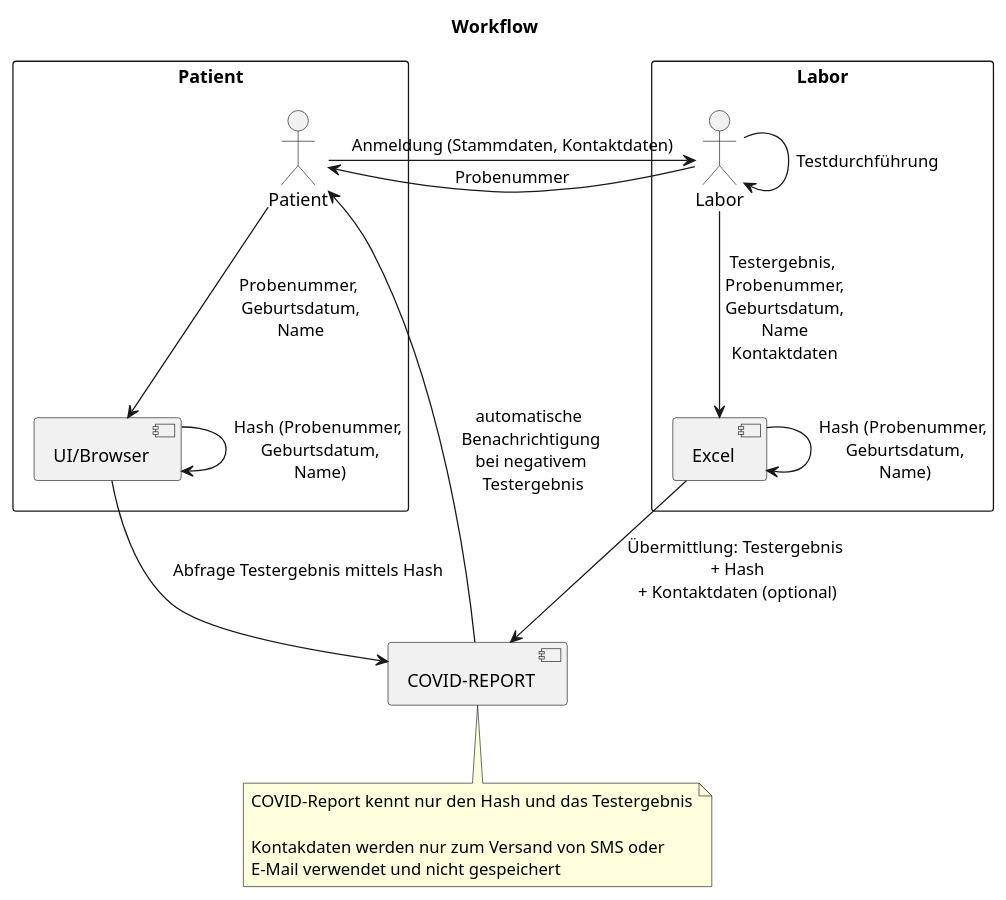
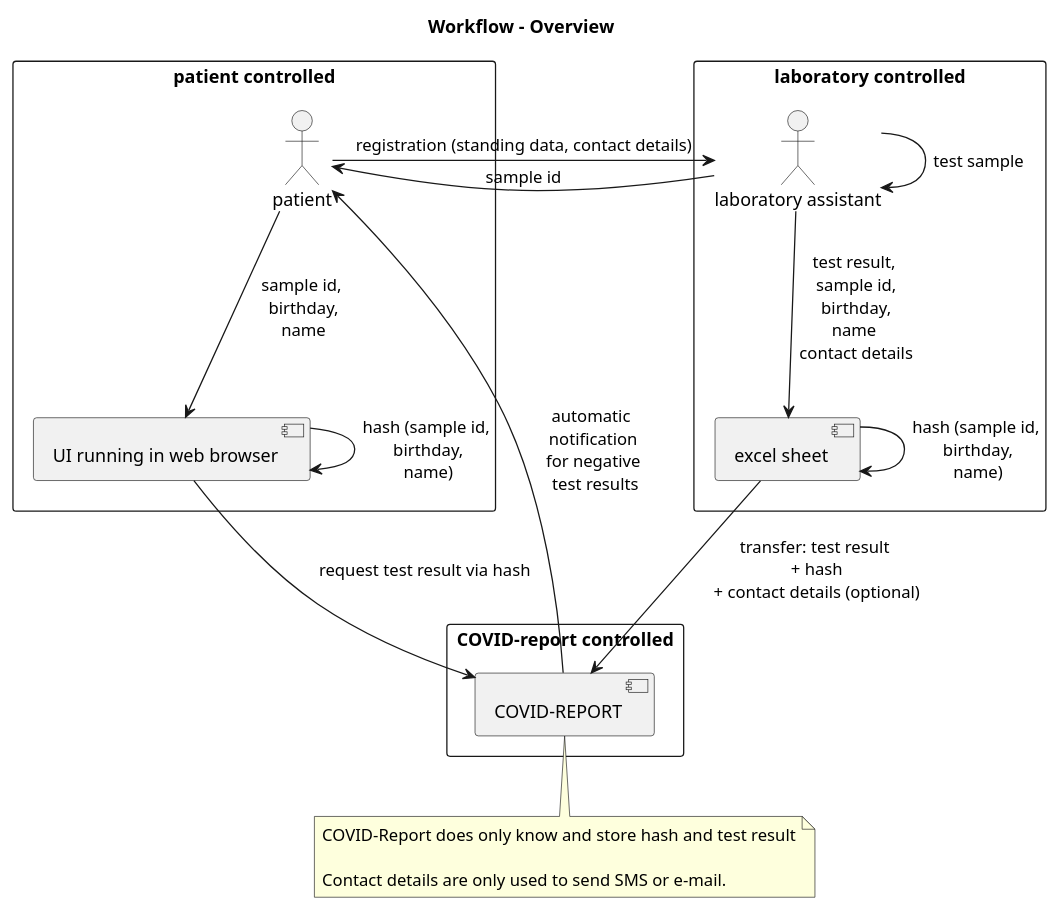
One commit to COVID-Report/wirvsvirus-backend-quarkus changed the diagram in workflow.puml. Above: the diagram before and after it, drawn with PlantUML. The commit also changed 8 other files, not shown here.

```diff
--- a/workflow.puml
+++ b/workflow.puml
@@ -1,36 +1,37 @@
 @startuml
 
-title Workflow
+title Workflow - Overview
 
-rectangle "Patient" {
-actor patient as "Patient"
-component ui as "UI/Browser"
+rectangle "patient controlled" {
+actor pat as "patient"
+component ui as "UI running in web browser"
 }
 
-rectangle "Labor" {
-actor labor as "Labor"
-component excel as "Excel"
+rectangle "laboratory controlled" {
+actor labor as "laboratory assistant"
+component excel as "excel sheet"
 }
 
+rectangle "COVID-report controlled" {
 component cr as "COVID-REPORT"
+}
 
-patient --> labor : Anmeldung (Stammdaten, Kontaktdaten)
-labor -left--> patient: Probenummer
-labor -> labor : Testdurchführung
-labor --> excel : Testergebnis,\n Probenummer,\n Geburtsdatum,\n Name\n Kontaktdaten
-excel -> excel : Hash (Probenummer,\n Geburtsdatum,\n Name)
-excel --> cr : Übermittlung: Testergebnis\n + Hash\n + Kontaktdaten (optional)
+pat --> labor : registration (standing data, contact details)
+labor -left-> pat: sample id
+labor -> labor : test sample
+labor --> excel : test result,\n sample id,\n birthday,\n name \n contact details
+excel -> excel : hash (sample id,\n birthday,\n name)
+excel --> cr : transfer: test result\n + hash\n + contact details (optional)
 
-cr -> patient: automatische \n Benachrichtigung \n bei negativem \n Testergebnis
-patient --> ui: Probenummer,\n Geburtsdatum,\n Name
-ui --> ui : Hash (Probenummer,\n Geburtsdatum,\n Name)
-ui --> cr: Abfrage Testergebnis mittels Hash
+cr -> pat: automatic \n notification \n for negative \n test results
+pat --> ui: sample id,\n birthday,\n name
+ui --> ui : hash (sample id,\n birthday,\n name)
+ui --> cr: request test result via hash
 
 note bottom
-COVID-Report kennt nur den Hash und das Testergebnis
+COVID-Report does only know and store hash and test result
 
-Kontakdaten werden nur zum Versand von SMS oder
-E-Mail verwendet und nicht gespeichert
+Contact details are only used to send SMS or e-mail.
 end note
 
 @enduml
```
